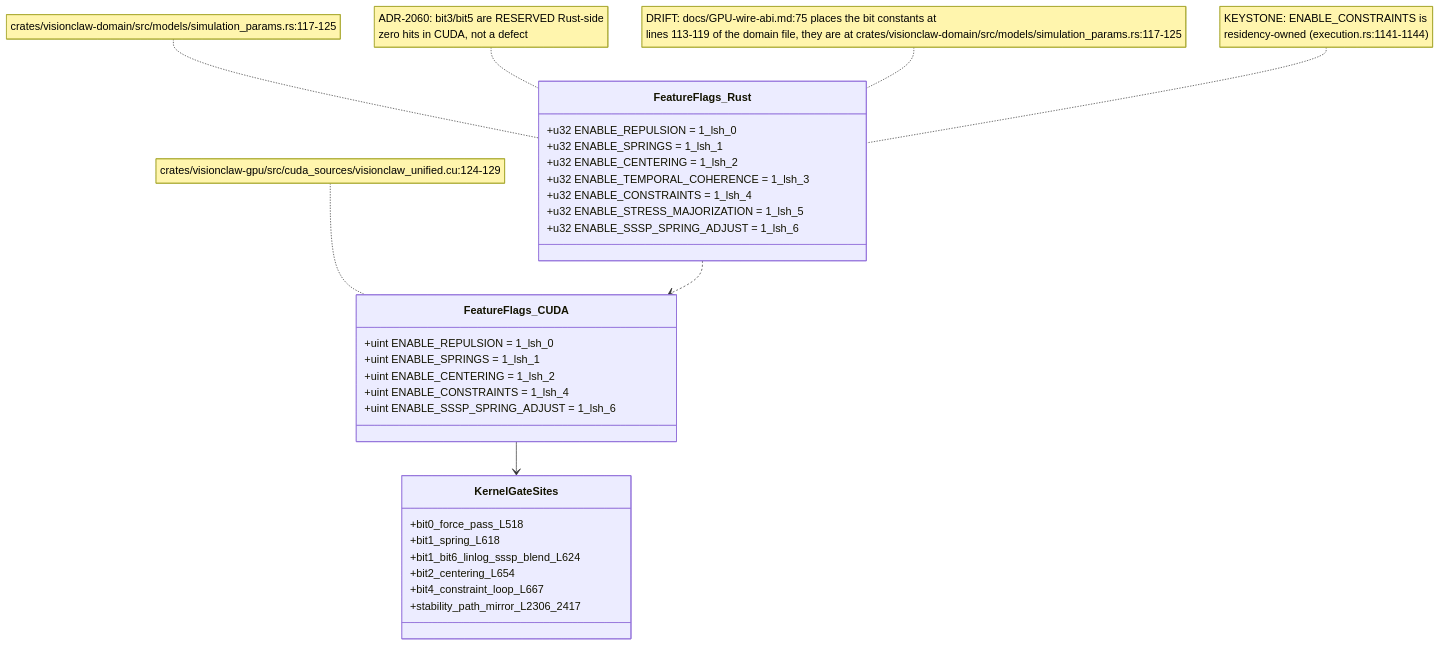
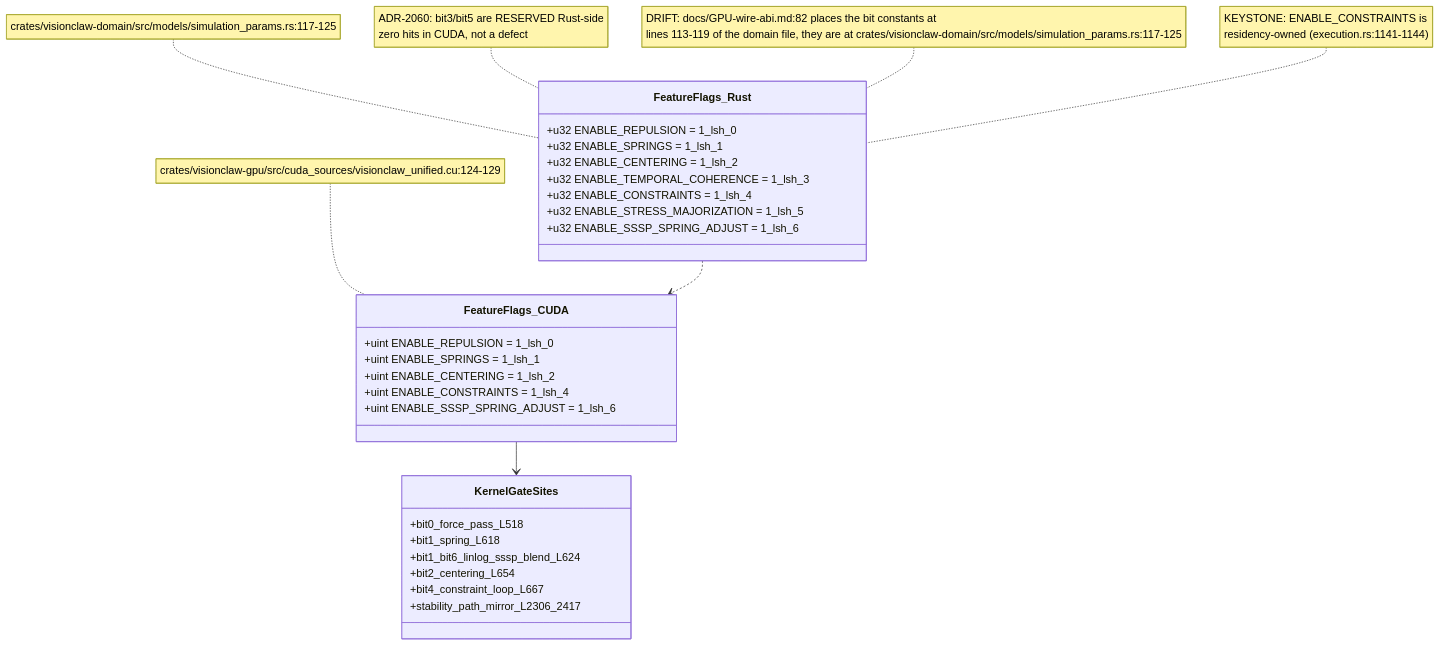
Before and after one commit to DreamLab-AI/VisionFlow: the second of 7 diagrams in docs/diagrams/visionclaw/12-simparams-abi-and-ptx.md, drawn with Mermaid. The commit also changed other lines of this file and 56 other files, not shown here.

First line of the commit message:
docs(diagrams): re-verify VisionClaw topics at ec785afa9, add VC-19/56/57 and the VisionClaw register

````diff
--- a/docs/diagrams/visionclaw/12-simparams-abi-and-ptx.md
+++ b/docs/diagrams/visionclaw/12-simparams-abi-and-ptx.md
@@ -117,34 +123,34 @@
 ```mermaid
 classDiagram
     class FeatureFlags_Rust {
         +u32 ENABLE_REPULSION = 1_lsh_0
         +u32 ENABLE_SPRINGS = 1_lsh_1
         +u32 ENABLE_CENTERING = 1_lsh_2
         +u32 ENABLE_TEMPORAL_COHERENCE = 1_lsh_3
         +u32 ENABLE_CONSTRAINTS = 1_lsh_4
         +u32 ENABLE_STRESS_MAJORIZATION = 1_lsh_5
         +u32 ENABLE_SSSP_SPRING_ADJUST = 1_lsh_6
     }
     class FeatureFlags_CUDA {
         +uint ENABLE_REPULSION = 1_lsh_0
         +uint ENABLE_SPRINGS = 1_lsh_1
         +uint ENABLE_CENTERING = 1_lsh_2
         +uint ENABLE_CONSTRAINTS = 1_lsh_4
         +uint ENABLE_SSSP_SPRING_ADJUST = 1_lsh_6
     }
     class KernelGateSites {
         +bit0_force_pass_L518
         +bit1_spring_L618
         +bit1_bit6_linlog_sssp_blend_L624
         +bit2_centering_L654
         +bit4_constraint_loop_L667
         +stability_path_mirror_L2306_2417
     }
     FeatureFlags_Rust ..> FeatureFlags_CUDA
     FeatureFlags_CUDA --> KernelGateSites
     note for FeatureFlags_Rust "crates/visionclaw-domain/src/models/simulation_params.rs:117-125"
     note for FeatureFlags_CUDA "crates/visionclaw-gpu/src/cuda_sources/visionclaw_unified.cu:124-129"
     note for FeatureFlags_Rust "ADR-2060: bit3/bit5 are RESERVED Rust-side<br/>zero hits in CUDA, not a defect"
-    note for FeatureFlags_Rust "DRIFT: docs/GPU-wire-abi.md:75 places the bit constants at<br/>lines 113-119 of the domain file, they are at crates/visionclaw-domain/src/models/simulation_params.rs:117-125"
+    note for FeatureFlags_Rust "DRIFT: docs/GPU-wire-abi.md:82 places the bit constants at<br/>lines 113-119 of the domain file, they are at crates/visionclaw-domain/src/models/simulation_params.rs:117-125"
     note for FeatureFlags_Rust "KEYSTONE: ENABLE_CONSTRAINTS is<br/>residency-owned (execution.rs:1141-1144)"
 ```
````
